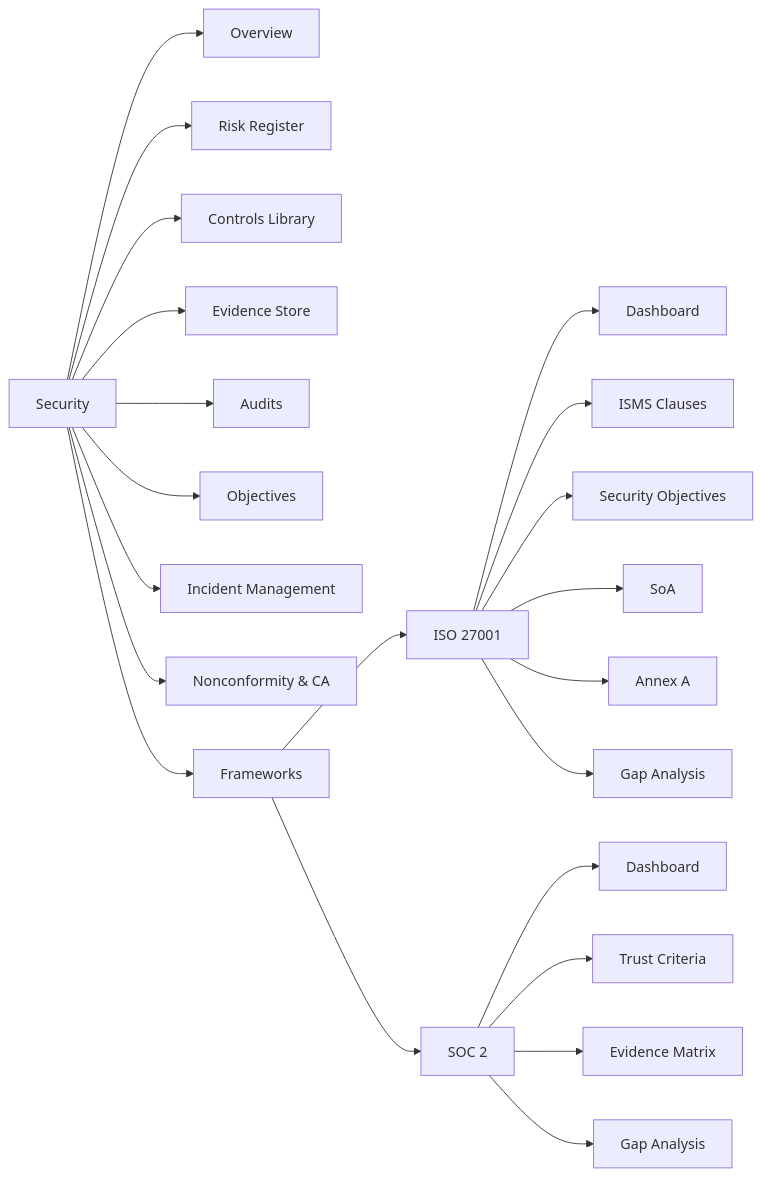
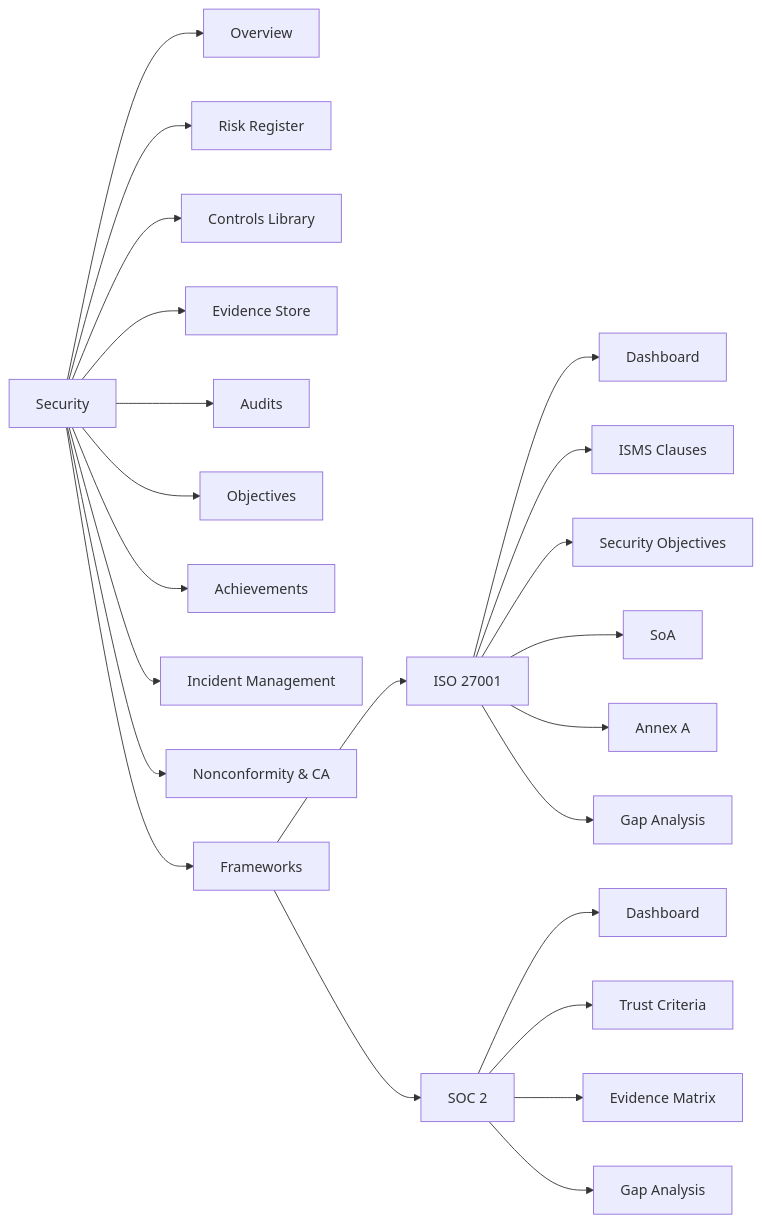
Before and after one commit to stellarsoft-tech/IdaraOS: the second of 12 diagrams in docs/modules/security/architecture.md, drawn with Mermaid. The commit also changed other lines of this file and 18 other files, not shown here.

````diff
--- a/docs/modules/security/architecture.md
+++ b/docs/modules/security/architecture.md
@@ -62,27 +63,28 @@
 ```mermaid
 graph LR
     Security[Security] --> Overview[Overview]
     Security --> RiskRegister[Risk Register]
     Security --> ControlsLib[Controls Library]
     Security --> EvidenceStore[Evidence Store]
     Security --> Audits[Audits]
     Security --> Objectives[Objectives]
+    Security --> Achievements[Achievements]
     Security --> Incidents[Incident Management]
     Security --> Nonconformities[Nonconformity & CA]
     Security --> Frameworks[Frameworks]
     
     Frameworks --> ISO[ISO 27001]
     Frameworks --> SOC[SOC 2]
     
     ISO --> ISO_Dash[Dashboard]
     ISO --> ISO_Clauses[ISMS Clauses]
     ISO --> ISO_Objectives[Security Objectives]
     ISO --> ISO_SoA[SoA]
     ISO --> ISO_Controls[Annex A]
     ISO --> ISO_Gaps[Gap Analysis]
     
     SOC --> SOC_Dash[Dashboard]
     SOC --> SOC_TSC[Trust Criteria]
     SOC --> SOC_Matrix[Evidence Matrix]
     SOC --> SOC_Gaps[Gap Analysis]
 ```
````
